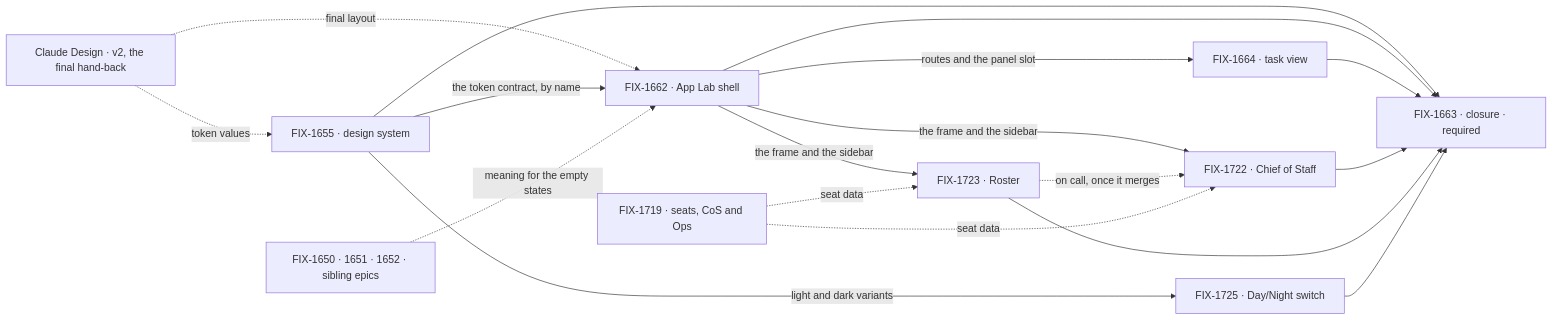
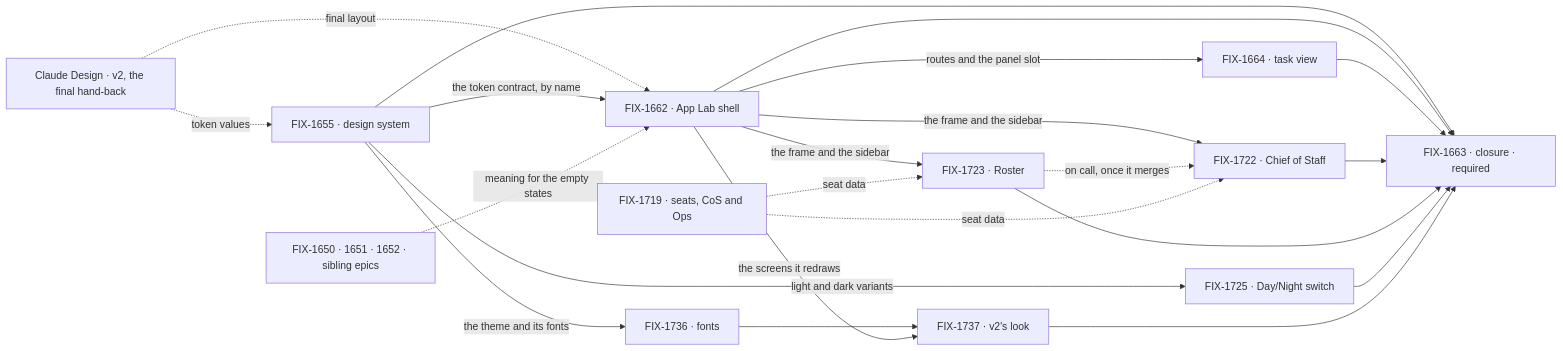
Before and after one commit to fixpoint-labs/flow-state-dev: the second of 2 diagrams in specs/epics/FIX-1649/SPEC.md, drawn with Mermaid. The commit also changed other lines of this file and 17 other files, not shown here.

````diff
--- a/specs/epics/FIX-1649/SPEC.md
+++ b/specs/epics/FIX-1649/SPEC.md
@@ -100,20 +115,24 @@
 ```mermaid
 flowchart LR
   H["Claude Design · v2, the final hand-back"] -.->|"token values"| A["FIX-1655 · design system"]
   H -.->|"final layout"| B["FIX-1662 · App Lab shell"]
   A -->|"the token contract, by name"| B
   B -->|"routes and the panel slot"| C["FIX-1664 · task view"]
   B -->|"the frame and the sidebar"| K["FIX-1722 · Chief of Staff"]
   B -->|"the frame and the sidebar"| R["FIX-1723 · Roster"]
   A -->|"light and dark variants"| W["FIX-1725 · Day/Night switch"]
   R -.->|"on call, once it merges"| K
   A --> Z["FIX-1663 · closure · required"]
   B --> Z
   C --> Z
   K --> Z
   R --> Z
   W --> Z
+  A -->|"the theme and its fonts"| FN["FIX-1736 · fonts"]
+  FN --> V["FIX-1737 · v2's look"]
+  B -->|"the screens it redraws"| V
+  V --> Z
   S["FIX-1650 · 1651 · 1652 · sibling epics"] -.->|"meaning for the empty states"| B
   F["FIX-1719 · seats, CoS and Ops"] -.->|"seat data"| K
   F -.->|"seat data"| R
 ```
````
